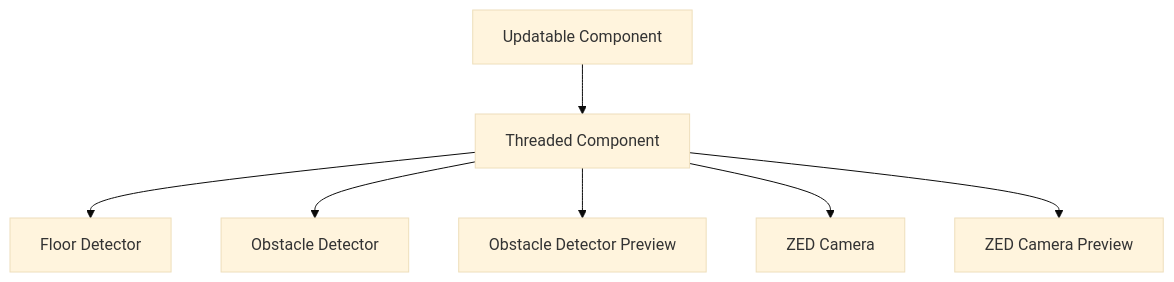
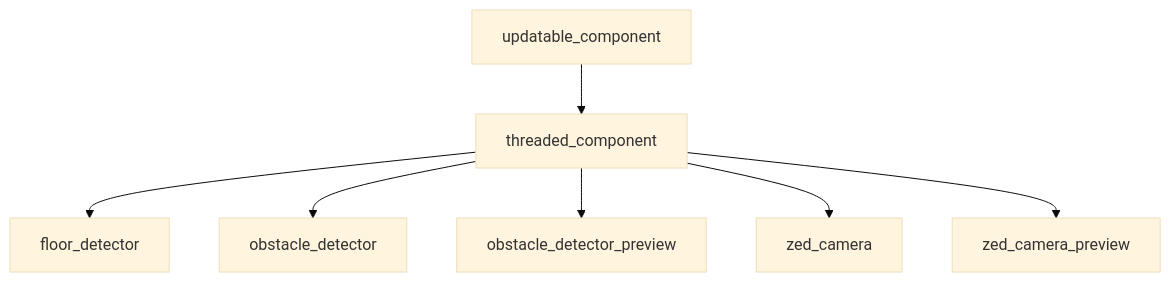
The second of 2 diagrams in docs/codebase/namespaces/core/implementation/updatable_component.md (kasper-szczerba/autonomous_control_system_wiki), drawn with Mermaid (base theme) before and after one commit. The commit also changed other lines of this file and 41 other files, not shown here.

````diff
--- a/docs/codebase/namespaces/core/implementation/updatable_component.md
+++ b/docs/codebase/namespaces/core/implementation/updatable_component.md
@@ -26,10 +26,10 @@
 ```mermaid
 graph TD
-    updatable_component["Updatable Component"]
-    threaded_component["Threaded Component"] --> floor_detector["Floor Detector"]
-    threaded_component["Threaded Component"] --> obstacle_detector["Obstacle Detector"]
-    threaded_component["Threaded Component"] --> obstacle_detector_preview["Obstacle Detector Preview"]
-    threaded_component["Threaded Component"] --> zed_camera["ZED Camera"]
-    threaded_component["Threaded Component"] --> zed_camera_preview["ZED Camera Preview"]
-    updatable_component["Updatable Component"] --> threaded_component["Threaded Component"]
+    updatable_component["updatable_component"]
+    threaded_component["threaded_component"] --> floor_detector["floor_detector"]
+    threaded_component["threaded_component"] --> obstacle_detector["obstacle_detector"]
+    threaded_component["threaded_component"] --> obstacle_detector_preview["obstacle_detector_preview"]
+    threaded_component["threaded_component"] --> zed_camera["zed_camera"]
+    threaded_component["threaded_component"] --> zed_camera_preview["zed_camera_preview"]
+    updatable_component["updatable_component"] --> threaded_component["threaded_component"]
 ```
````
